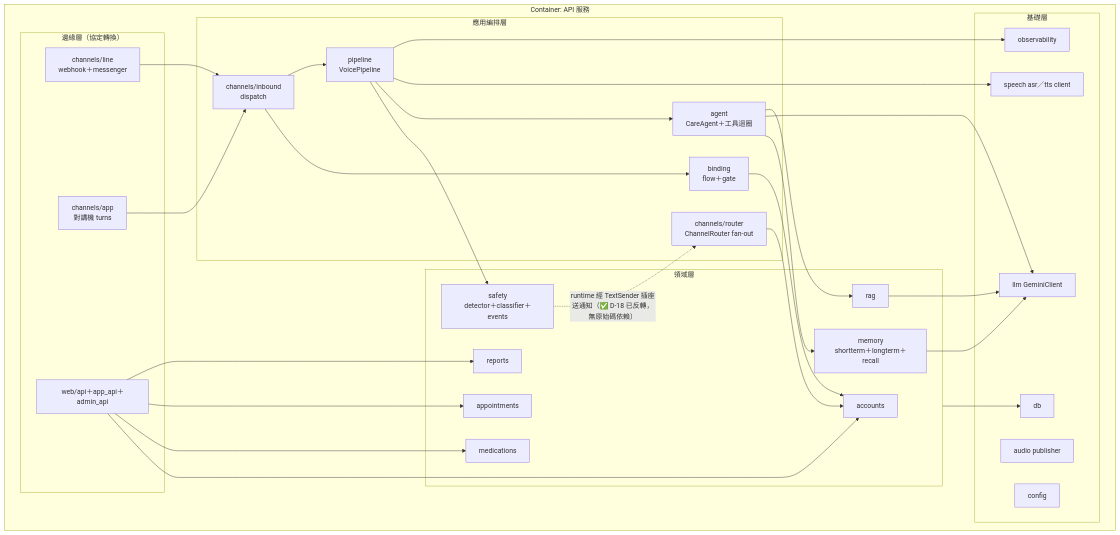
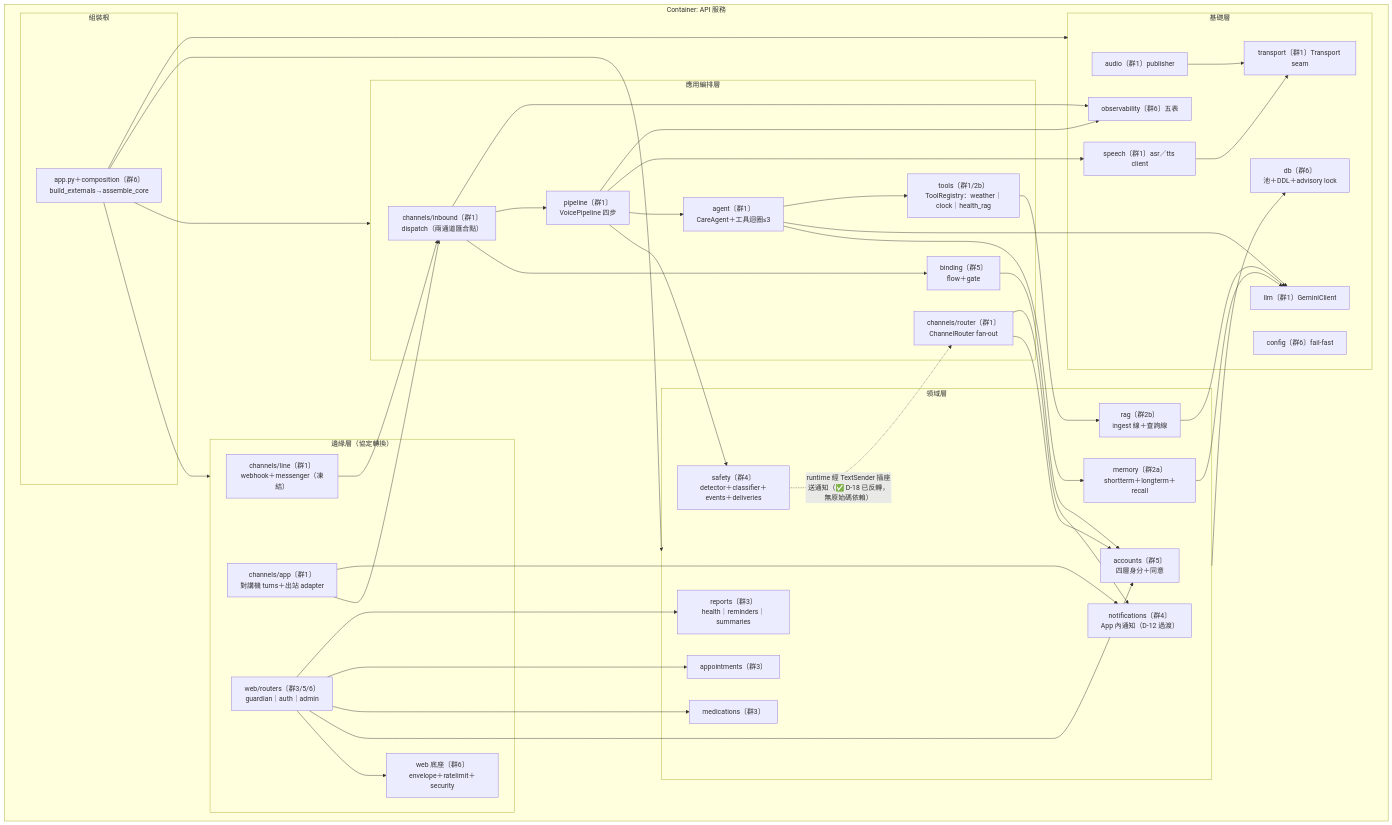
Before and after one commit to leo53021313/kinsun: the fourth of 11 diagrams in docs/dev/05_架構與設計.md, drawn with Mermaid. The commit also changed other lines of this file and 4 other files, not shown here.

First line of the commit message:
docs(dev): 階段 F 收斂——05 C4＋17 §3 全景圖重畫＋一致性檢查

````diff
--- a/docs/dev/05_架構與設計.md
+++ b/docs/dev/05_架構與設計.md
@@ -165,56 +167,68 @@
 ```mermaid
 flowchart TD
     subgraph container["Container: API 服務"]
+        subgraph root["組裝根"]
+            comp["app.py＋composition〔群6〕<br/>build_externals→assemble_core"]
+        end
         subgraph edge["邊緣層（協定轉換）"]
-            linech["channels/line<br/>webhook＋messenger"]
-            appch["channels/app<br/>對講機 turns"]
-            webapi["web/api＋app_api＋admin_api"]
+            linech["channels/line〔群1〕<br/>webhook＋messenger（凍結）"]
+            appch["channels/app〔群1〕<br/>對講機 turns＋出站 adapter"]
+            webapi["web/routers〔群3/5/6〕<br/>guardian｜auth｜admin"]
+            webbase["web 底座〔群6〕<br/>envelope＋ratelimit＋security"]
         end
         subgraph orch["應用編排層"]
-            inbound["channels/inbound<br/>dispatch"]
-            pipeline["pipeline<br/>VoicePipeline"]
-            agent["agent<br/>CareAgent＋工具迴圈"]
-            router["channels/router<br/>ChannelRouter fan-out"]
-            binding["binding<br/>flow＋gate"]
+            inbound["channels/inbound〔群1〕<br/>dispatch（兩通道匯合點）"]
+            pipeline["pipeline〔群1〕<br/>VoicePipeline 四步"]
+            agent["agent〔群1〕<br/>CareAgent＋工具迴圈≤3"]
+            tools["tools〔群1/2b〕<br/>ToolRegistry：weather｜clock｜health_rag"]
+            router["channels/router〔群1〕<br/>ChannelRouter fan-out"]
+            binding["binding〔群5〕<br/>flow＋gate"]
         end
         subgraph domain["領域層"]
-            accounts["accounts"]
-            meds["medications"]
-            appts["appointments"]
-            safety["safety<br/>detector＋classifier＋events"]
-            memory["memory<br/>shortterm＋longterm＋recall"]
-            rag["rag"]
-            reports["reports"]
+            accounts["accounts〔群5〕<br/>四層身分＋同意"]
+            meds["medications〔群3〕"]
+            appts["appointments〔群3〕"]
+            reports["reports〔群3〕<br/>health｜reminders｜summaries"]
+            safety["safety〔群4〕<br/>detector＋classifier＋events＋deliveries"]
+            memory["memory〔群2a〕<br/>shortterm＋longterm＋recall"]
+            rag["rag〔群2b〕<br/>ingest 線＋查詢線"]
+            notif["notifications〔群4〕<br/>App 內通知（D-12 過渡）"]
         end
         subgraph infra["基礎層"]
-            dbmod["db"]
-            llm["llm GeminiClient"]
-            speech["speech asr／tts client"]
-            audio["audio publisher"]
-            obs["observability"]
-            config["config"]
+            dbmod["db〔群6〕<br/>池＋DDL＋advisory lock"]
+            llm["llm〔群1〕GeminiClient"]
+            speech["speech〔群1〕asr／tts client"]
+            transport["transport〔群1〕Transport seam"]
+            audio["audio〔群1〕publisher"]
+            obs["observability〔群6〕五表"]
+            config["config〔群6〕fail-fast"]
         end
     end
 
+    comp --> edge & orch & domain & infra
     linech --> inbound
     appch --> inbound
+    appch --> notif
+    webapi --> webbase
     inbound --> binding
     inbound --> pipeline
     pipeline --> safety
     pipeline --> agent
     pipeline --> speech
     agent --> memory
     agent --> llm
-    agent --> rag
-    webapi --> accounts
-    webapi --> meds
-    webapi --> appts
-    webapi --> reports
+    agent --> tools
+    tools --> rag
+    webapi --> accounts & meds & appts & reports
     binding --> accounts
     router --> accounts
+    router --> notif
     safety -. "runtime 經 TextSender 插座送通知（✅ D-18 已反轉，無原始碼依賴）" .-> router
     domain --> dbmod
     memory --> llm
     rag --> llm
+    speech --> transport
+    audio --> transport
     pipeline --> obs
+    inbound --> obs
 ```
````
